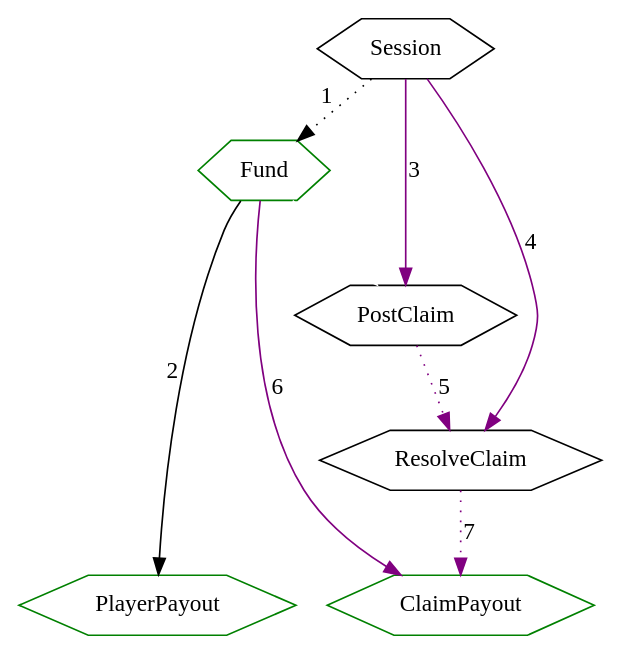
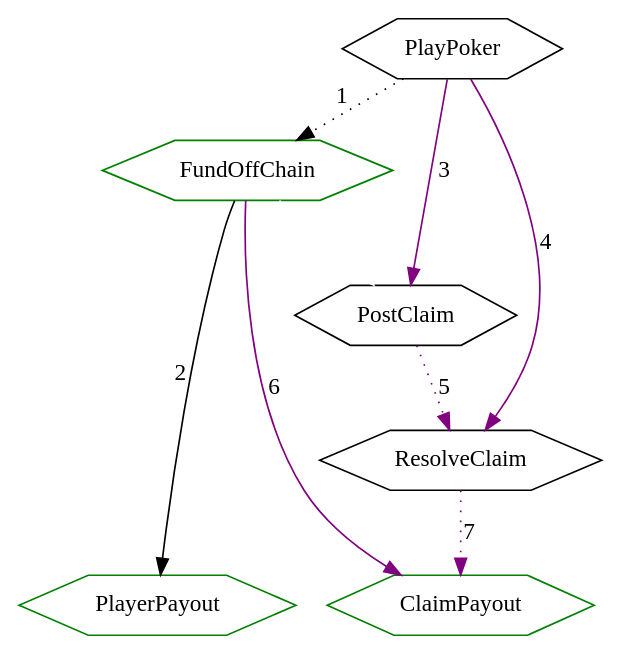
One commit to ssadler/hoek changed the diagram in specs/txs.dot. Above: the diagram before and after it, drawn with Graphviz. The commit also changed 4 other files, not shown here.

```diff
--- a/specs/txs.dot
+++ b/specs/txs.dot
@@ -1,18 +1,18 @@
 digraph Txs {
     node [shape=hexagon]
     node [color=green]
-    Fund
+    FundOffChain
     PlayerPayout
     ClaimPayout
     node [color=black]
-    Session -> Fund [style=dotted, xlabel=1]
-    Fund -> PlayerPayout [xlabel=2]
+    PlayPoker -> FundOffChain [style=dotted, xlabel=1]
+    FundOffChain -> PlayerPayout [xlabel=2]
     edge [color=purple]
-    Session -> PostClaim [label=3]
-    Session -> ResolveClaim [label=4]
+    PlayPoker -> PostClaim [label=3]
+    PlayPoker -> ResolveClaim [label=4]
     PostClaim -> ResolveClaim [style=dotted,label=5]
-    Fund -> ClaimPayout [label=6]
+    FundOffChain -> ClaimPayout [label=6]
     ResolveClaim -> ClaimPayout [style=dotted,label=7]
-    Fund -> PostClaim [color=white]
+    FundOffChain -> PostClaim [color=white]
     {rank = same; ClaimPayout; PlayerPayout; }
 }
```
